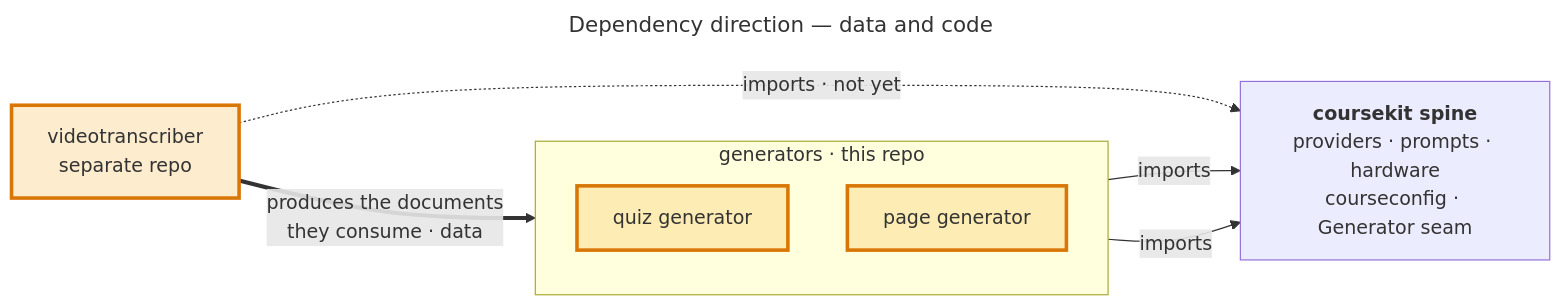
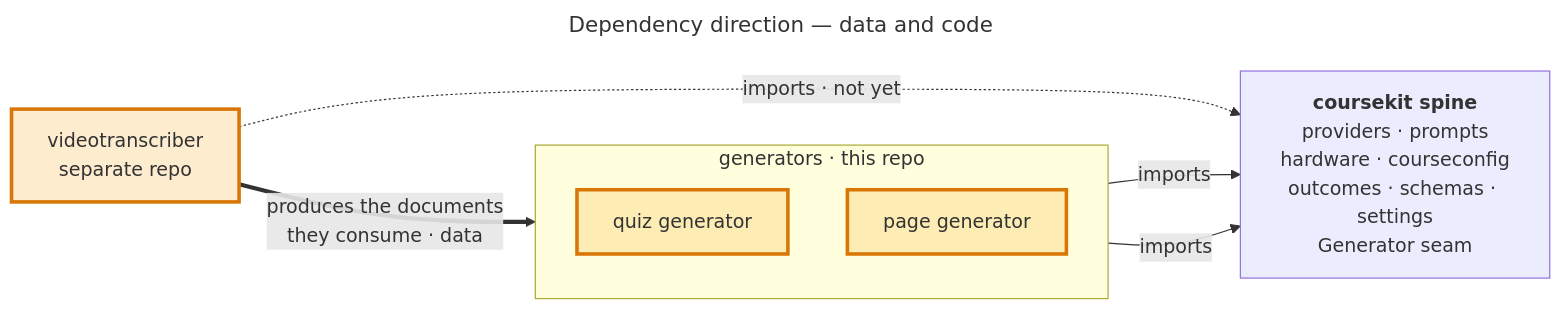
The third of 3 diagrams in agent/architecture.md (andrew-atkinson/courseKit), drawn with Mermaid before and after one commit. The commit also changed other lines of this file and 17 other files, not shown here.

````diff
--- a/agent/architecture.md
+++ b/agent/architecture.md
@@ -126,24 +138,24 @@
 ```mermaid
 ---
 title: Dependency direction — data and code
 ---
 flowchart LR
     VT["videotranscriber<br/>separate repo"]
 
     subgraph GENS [" generators · this repo "]
         direction TB
         QZ["quiz generator"]
         PG["page generator"]
     end
 
-    CK["<b>coursekit spine</b><br/>providers · prompts · hardware<br/>courseconfig · Generator seam"]
+    CK["<b>coursekit spine</b><br/>providers · prompts<br/>hardware · courseconfig<br/>outcomes · schemas · settings<br/>Generator seam"]
 
     VT == "produces the documents<br/>they consume · data" ==> GENS
     QZ -- "imports" --> CK
     PG -- "imports" --> CK
     VT -. "imports · not yet" .-> CK
 
     classDef model fill:#f59e0b33,stroke:#d97706,stroke-width:3px
     classDef maybe fill:#f59e0b14,stroke:#d97706,stroke-width:2px,stroke-dasharray:6 4
     class VT,QZ,PG model
 ```
````
